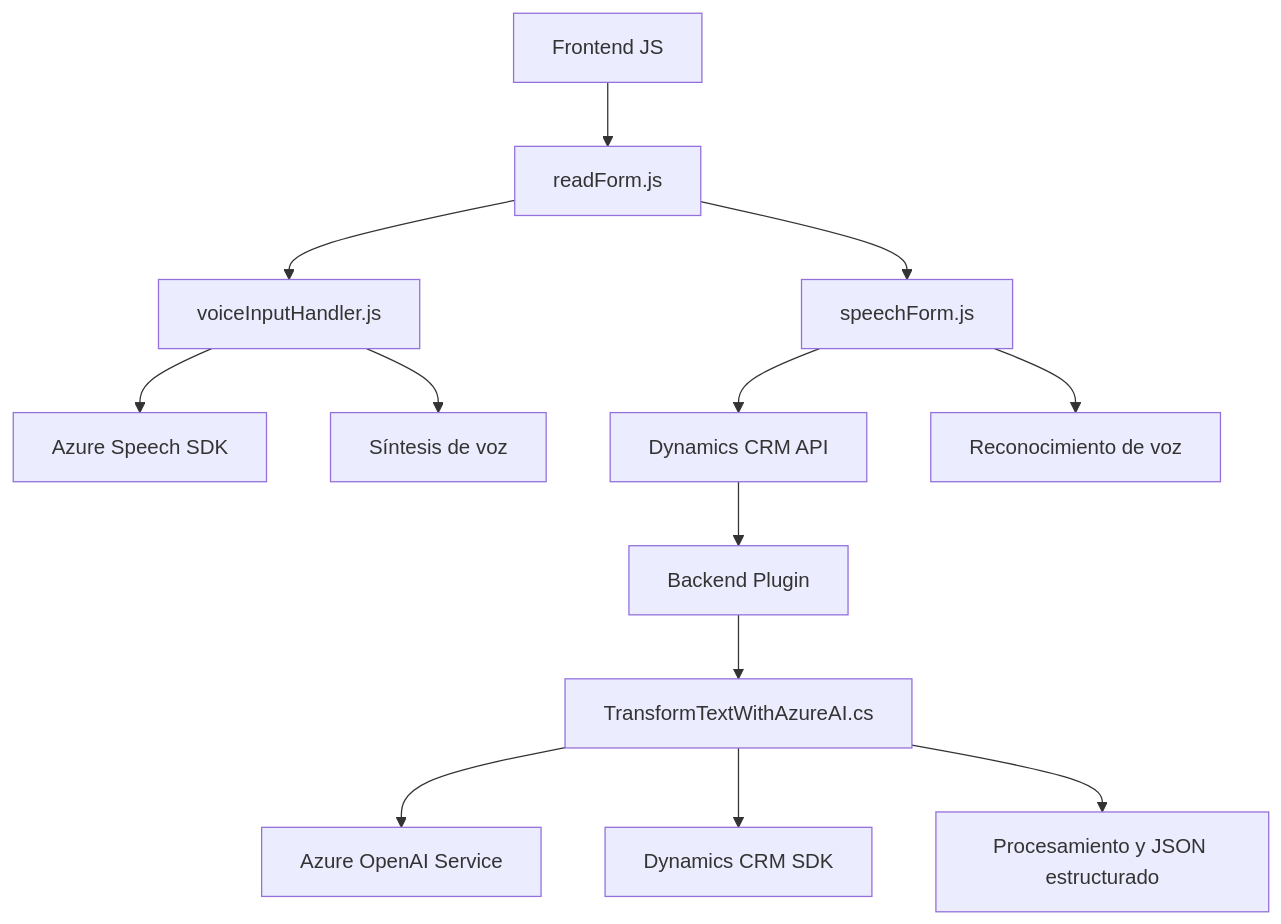
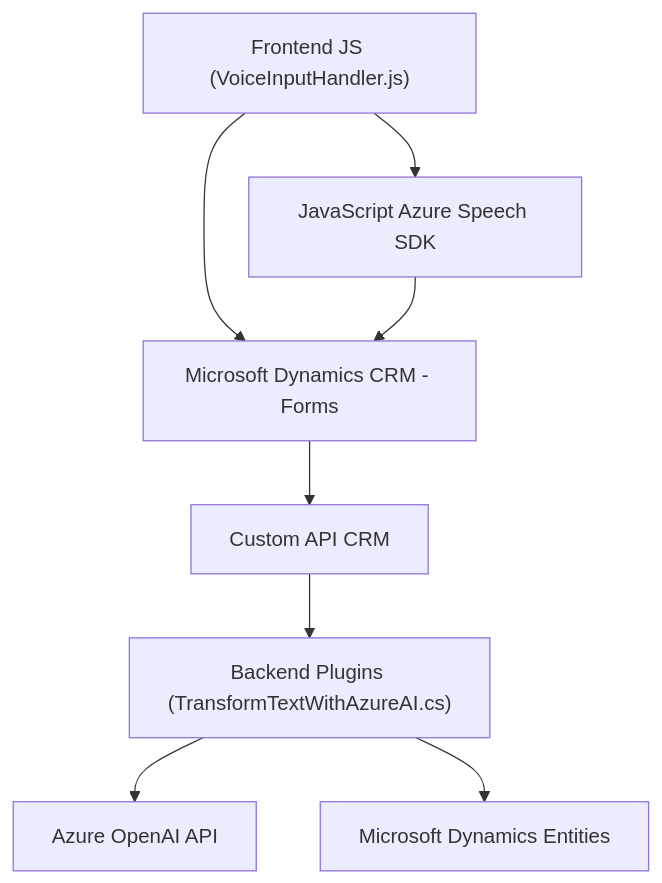
Before and after one commit to blopezdm/NETCORE_BILBAO2025: the diagram in README.md, drawn with Mermaid. The commit also changed other lines of this file, not shown here.

````diff
--- a/README.md
+++ b/README.md
@@ -39,17 +47,18 @@
 ```mermaid
 graph TD
-    A["Frontend JS"] --> B["readForm.js"]
-    B --> C["voiceInputHandler.js"]
-    B --> D["speechForm.js"]
-    C --> E["Azure Speech SDK"]
-    D --> F["Dynamics CRM API"]
+    A["Frontend JS (VoiceInputHandler.js)"]
+    B["JavaScript Azure Speech SDK"]
+    C["Microsoft Dynamics CRM - Forms"]
+    D["Custom API CRM"]
+    E["Backend Plugins (TransformTextWithAzureAI.cs)"]
+    F["Azure OpenAI API"]
+    G["Microsoft Dynamics Entities"]
 
-    F --> G["Backend Plugin"]
-    G --> H["TransformTextWithAzureAI.cs"]
-    H --> I["Azure OpenAI Service"]
-    H --> J["Dynamics CRM SDK"]
-
-    C --> K["Síntesis de voz"]
-    D --> L["Reconocimiento de voz"]
-    H --> M["Procesamiento y JSON estructurado"]
+    A --> B
+    A --> C
+    C --> D
+    D --> E
+    E --> F
+    E --> G
+    B --> C
 ```
````
